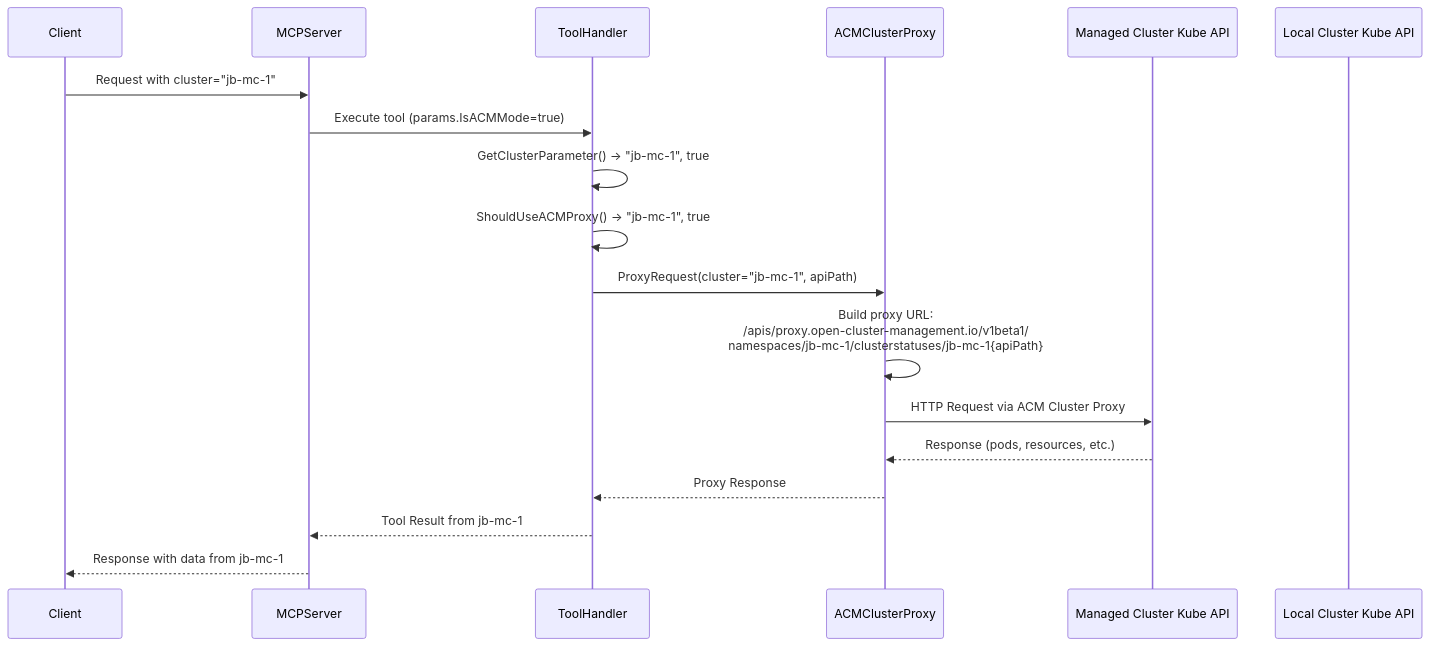
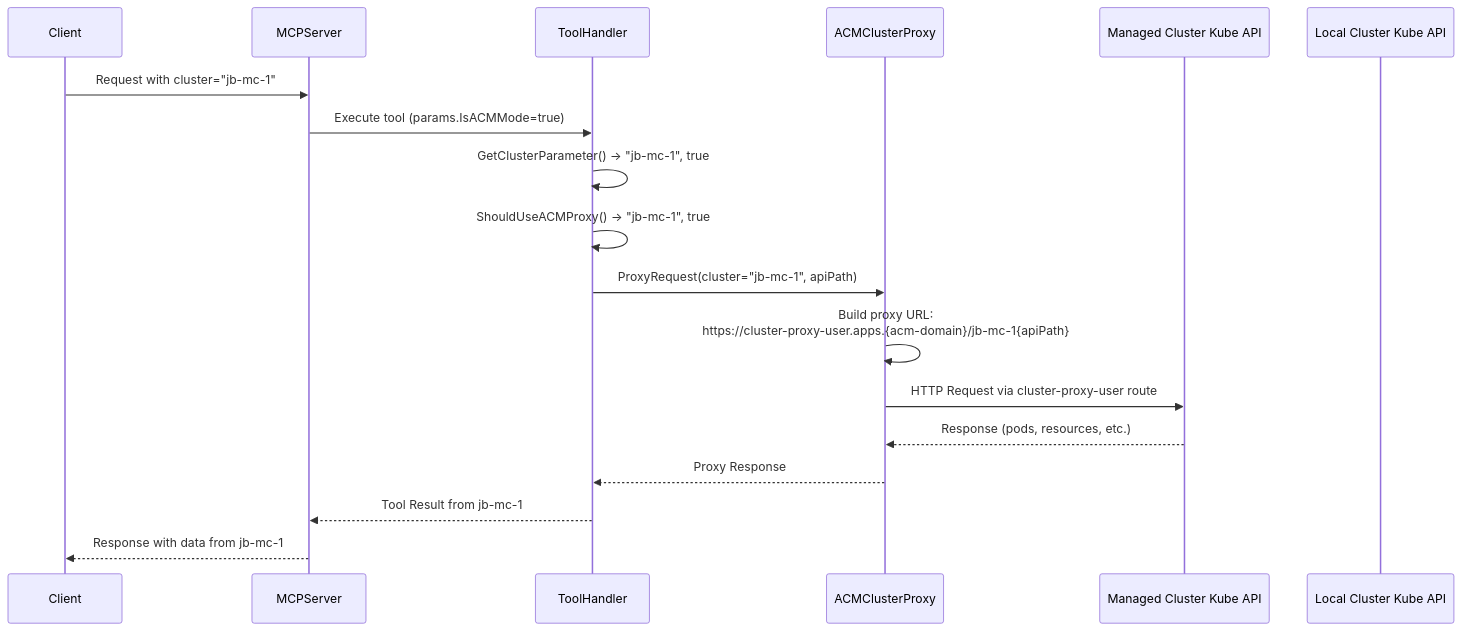
The first of 4 diagrams in docs/acm-mode-sequence-diagram.md (bjoydeep/kubernetes-mcp-server), drawn with Mermaid before and after one commit. The commit also changed other lines of this file and 6 other files, not shown here.

````diff
--- a/docs/acm-mode-sequence-diagram.md
+++ b/docs/acm-mode-sequence-diagram.md
@@ -7,21 +7,21 @@
 ```mermaid
 sequenceDiagram
     participant Client
     participant MCPServer
     participant ToolHandler
     participant ACMClusterProxy
     participant ManagedClusterKubeAPI as Managed Cluster Kube API
     participant LocalClusterKubeAPI as Local Cluster Kube API
 
     Client->>MCPServer: Request with cluster="jb-mc-1"
     MCPServer->>ToolHandler: Execute tool (params.IsACMMode=true)
     ToolHandler->>ToolHandler: GetClusterParameter() → "jb-mc-1", true
     ToolHandler->>ToolHandler: ShouldUseACMProxy() → "jb-mc-1", true
     ToolHandler->>ACMClusterProxy: ProxyRequest(cluster="jb-mc-1", apiPath)
-    ACMClusterProxy->>ACMClusterProxy: Build proxy URL:<br/>/apis/proxy.open-cluster-management.io/v1beta1/<br/>namespaces/jb-mc-1/clusterstatuses/jb-mc-1{apiPath}
-    ACMClusterProxy->>ManagedClusterKubeAPI: HTTP Request via ACM Cluster Proxy
+    ACMClusterProxy->>ACMClusterProxy: Build proxy URL:<br/>https://cluster-proxy-user.apps.{acm-domain}/jb-mc-1{apiPath}
+    ACMClusterProxy->>ManagedClusterKubeAPI: HTTP Request via cluster-proxy-user route
     ManagedClusterKubeAPI-->>ACMClusterProxy: Response (pods, resources, etc.)
     ACMClusterProxy-->>ToolHandler: Proxy Response
     ToolHandler-->>MCPServer: Tool Result from jb-mc-1
     MCPServer-->>Client: Response with data from jb-mc-1
 ```
````
